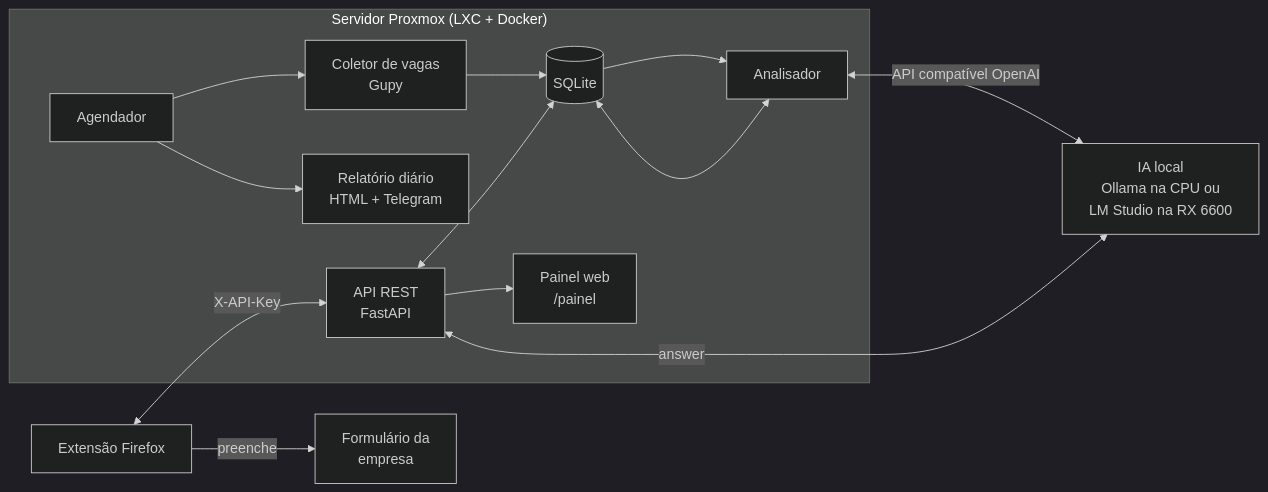
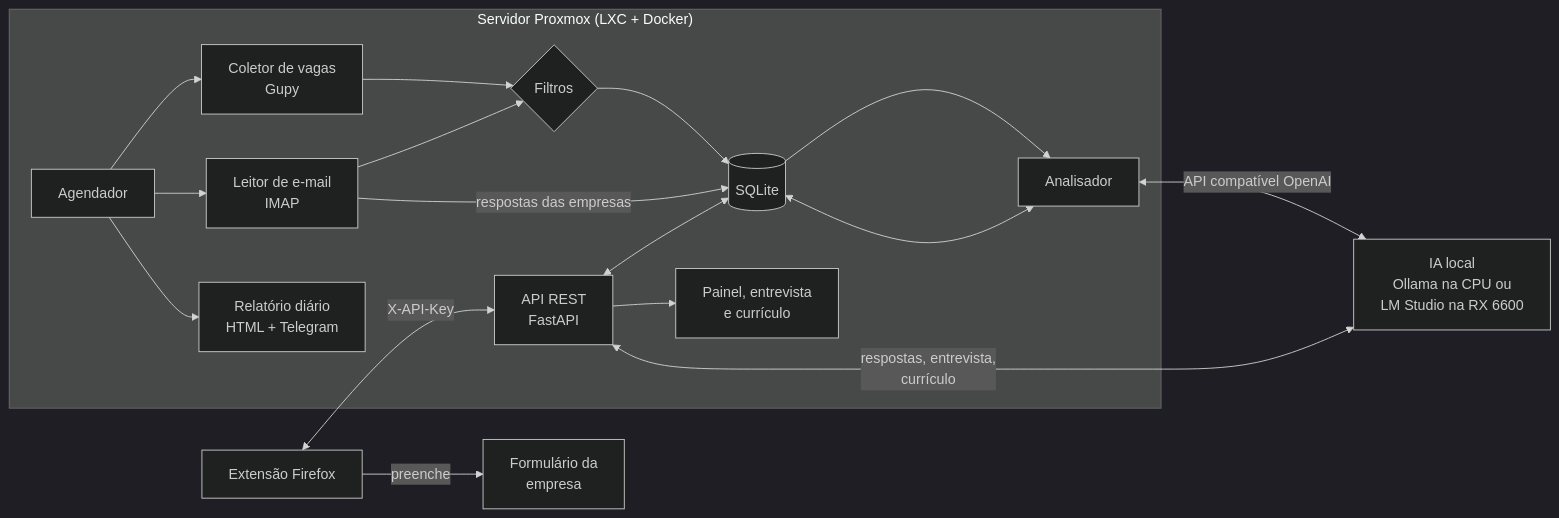
The diagram in README.md (ryanbworks/SearchJob), drawn with Mermaid (dark theme) before and after one commit. The commit also changed other lines of this file and 6 other files, not shown here.

````diff
--- a/README.md
+++ b/README.md
@@ -26,16 +52,20 @@
 ```mermaid
 flowchart LR
     subgraph Proxmox["Servidor Proxmox (LXC + Docker)"]
-        C[Coletor de vagas<br/>Gupy] --> DB[(SQLite)]
+        C[Coletor de vagas<br/>Gupy] --> F2{Filtros}
+        M[Leitor de e-mail<br/>IMAP] --> F2
+        F2 --> DB[(SQLite)]
+        M -->|respostas das empresas| DB
         S[Agendador] --> C
+        S --> M
         S --> R[Relatório diário<br/>HTML + Telegram]
         DB --> A[Analisador]
         A <--> DB
         API[API REST<br/>FastAPI] <--> DB
-        API --> P[Painel web<br/>/painel]
+        API --> P[Painel, entrevista<br/>e currículo]
     end
     A <-->|API compatível OpenAI| LLM[IA local<br/>Ollama na CPU ou<br/>LM Studio na RX 6600]
-    API <-->|answer| LLM
+    API <-->|respostas, entrevista,<br/>currículo| LLM
     EXT[Extensão Firefox] <-->|X-API-Key| API
     EXT -->|preenche| F[Formulário da<br/>empresa]
 ```
````
